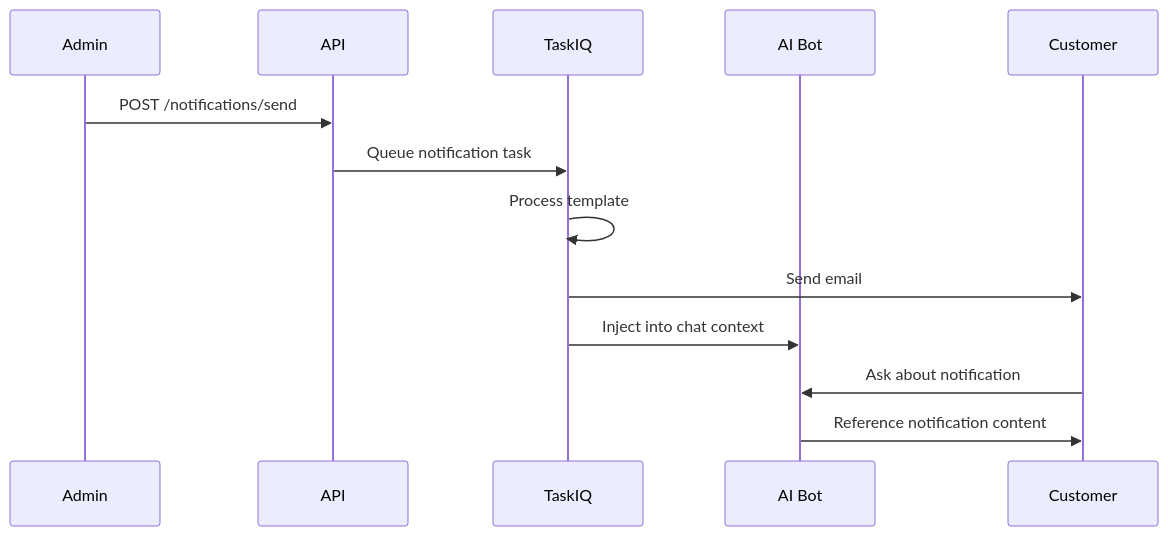
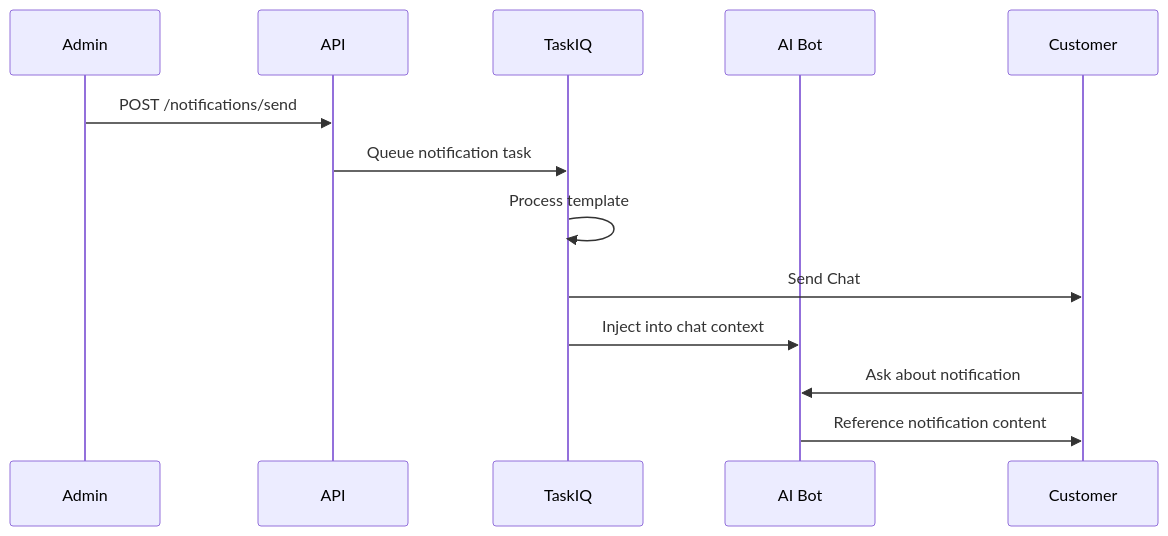
Before and after one commit to duonguwu/notification_bot: the second of 2 diagrams in README.md, drawn with Mermaid. The commit also changed other lines of this file, not shown here.

````diff
--- a/README.md
+++ b/README.md
@@ -237,16 +235,16 @@
 ```mermaid
 sequenceDiagram
     participant Admin
     participant API
     participant TaskIQ
     participant AI Bot
     participant Customer
     
     Admin->>API: POST /notifications/send
     API->>TaskIQ: Queue notification task
     TaskIQ->>TaskIQ: Process template
-    TaskIQ->>Customer: Send email
+    TaskIQ->>Customer: Send Chat
     TaskIQ->>AI Bot: Inject into chat context
     Customer->>AI Bot: Ask about notification
     AI Bot->>Customer: Reference notification content
 ```
````
